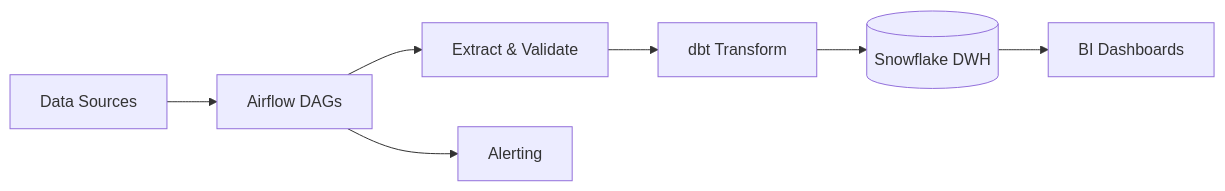
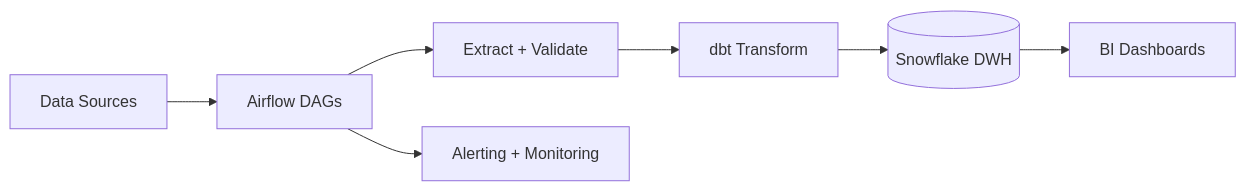
One commit to dawarazhar11/dawarazhar11 changed the eighth of 8 diagrams in README.md. Above: the diagram before and after it, drawn with Mermaid. The commit also changed other lines of this file, not shown here.

Commit message:
Full revamp: resume details, API dev emphasis, all projects with architecture diagrams, education

````diff
--- a/README.md
+++ b/README.md
@@ -294,9 +350,9 @@
 ```mermaid
 graph LR
     A[Data Sources] --> B[Airflow DAGs]
-    B --> C[Extract & Validate]
+    B --> C[Extract + Validate]
     C --> D[dbt Transform]
     D --> E[(Snowflake DWH)]
     E --> F[BI Dashboards]
-    B --> G[Alerting]
+    B --> G[Alerting + Monitoring]
 ```
````
